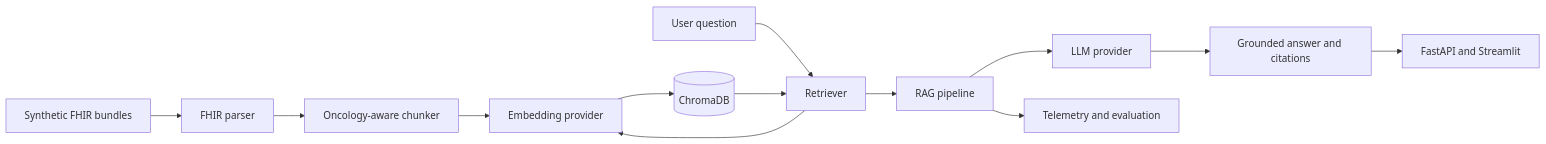
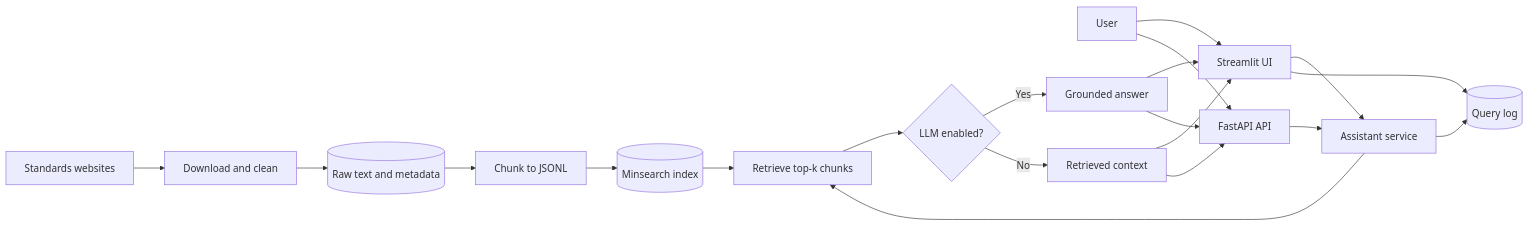
The diagram in README.md (AI-Precision-Medicine-Zoomcamp/precision-oncology-data-architect-assistant), drawn with Mermaid before and after one commit. The commit also changed other lines of this file and 18 other files, not shown here.

````diff
--- a/README.md
+++ b/README.md
@@ -24,15 +44,22 @@
 ```mermaid
 flowchart LR
-    D[Synthetic FHIR bundles] --> P[FHIR parser]
-    P --> C[Oncology-aware chunker]
-    C --> E[Embedding provider]
-    E --> V[(ChromaDB)]
-    Q[User question] --> R[Retriever]
-    R --> E
-    V --> R
-    R --> G[RAG pipeline]
-    G --> L[LLM provider]
-    L --> A[Grounded answer and citations]
-    A --> U[FastAPI and Streamlit]
-    G --> M[Telemetry and evaluation]
+    Standards[Standards websites] --> Download[Download and clean]
+    Download --> Raw[(Raw text and metadata)]
+    Raw --> Chunk[Chunk to JSONL]
+    Chunk --> Index[(Minsearch index)]
+    User[User] --> UI[Streamlit UI]
+    User --> API[FastAPI API]
+    UI --> Service[Assistant service]
+    API --> Service
+    Service --> Search[Retrieve top-k chunks]
+    Index --> Search
+    Search --> LLM{LLM enabled?}
+    LLM -->|Yes| Answer[Grounded answer]
+    LLM -->|No| Context[Retrieved context]
+    Answer --> UI
+    Context --> UI
+    Answer --> API
+    Context --> API
+    Service --> Logs[(Query log)]
+    UI --> Logs
 ```
````
